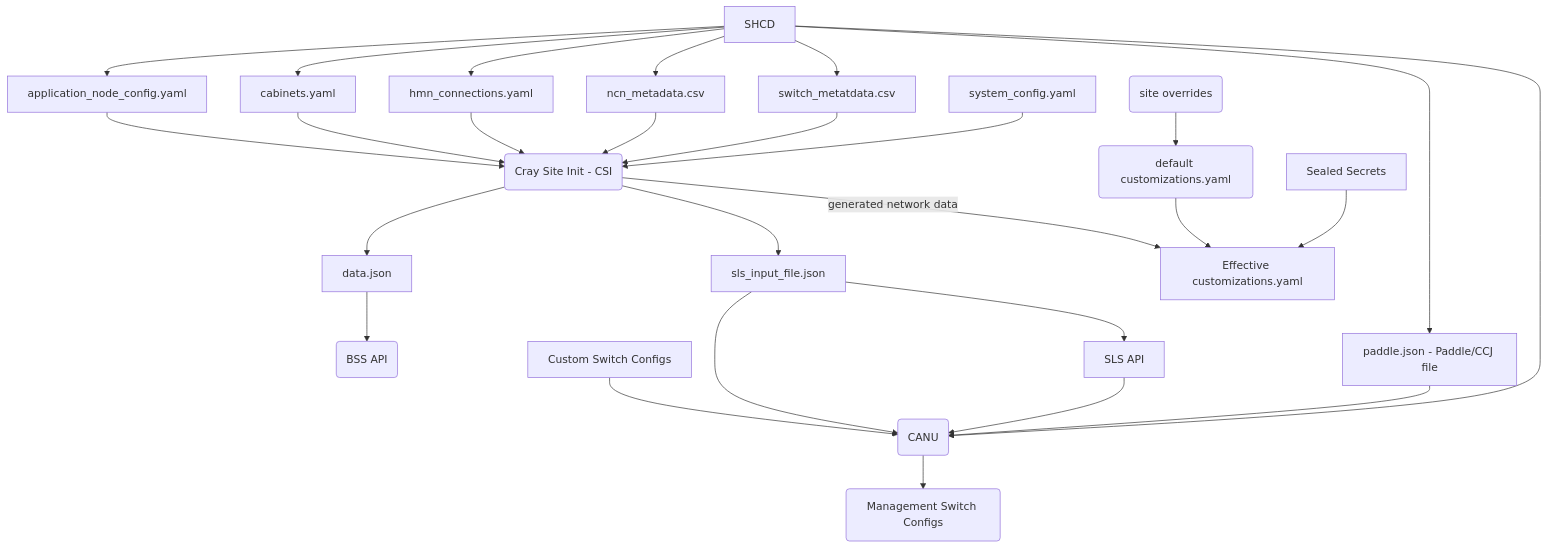
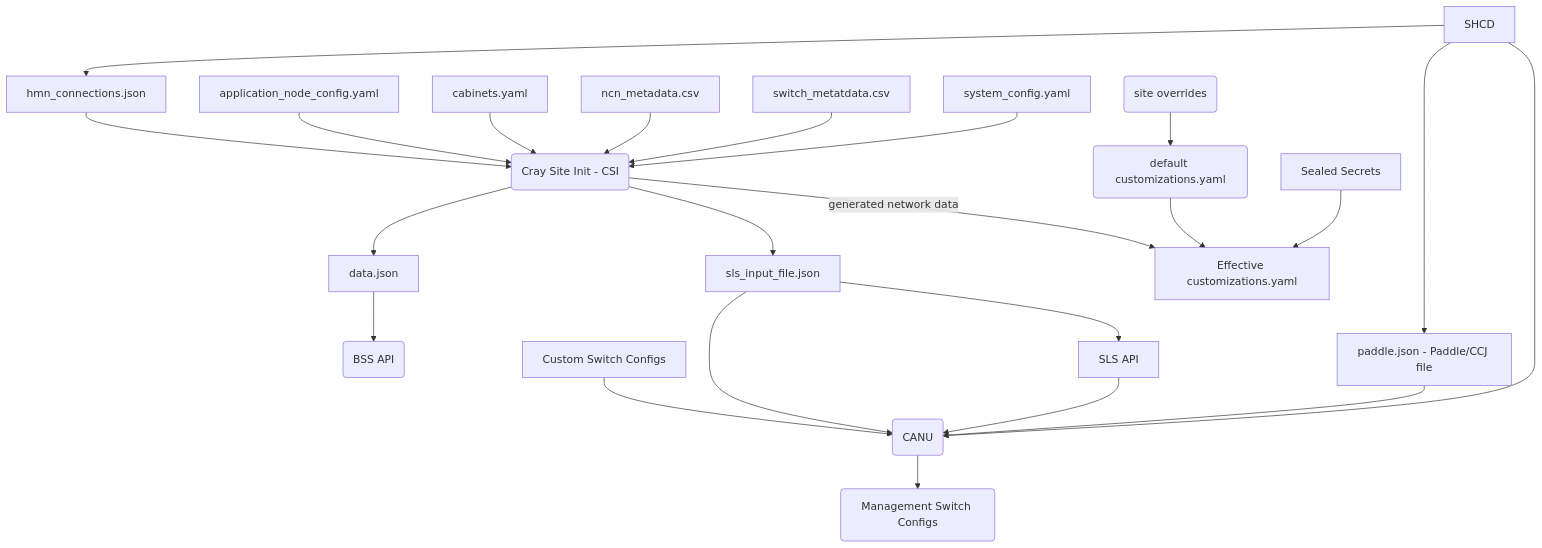
The diagram in install/README.md (sumithrb/docs-csm), drawn with Mermaid before and after one commit.

Commit message:
Updated network data diagram to better indicate the SEED files that are manually created

````diff
--- a/install/README.md
+++ b/install/README.md
@@ -94,29 +94,25 @@
 ```mermaid
 graph TD
-    A[SHCD] --> B[application_node_config.yaml];
-    A --> C[cabinets.yaml];
-    A --> D[hmn_connections.yaml];
-    A --> E[ncn_metadata.csv];
-    A --> F[switch_metatdata.csv];
-    B --> G(Cray Site Init - CSI);
-    C --> G
+    A[SHCD] --> D[hmn_connections.json];
+    B[application_node_config.yaml] --> G(Cray Site Init - CSI);
+    C[cabinets.yaml] --> G
     D --> G
-    E --> G
-    F --> G
+    E[ncn_metadata.csv] --> G
+    F[switch_metatdata.csv] --> G;
     H[system_config.yaml] --> G
     G --> J[data.json]
     A --> K[paddle.json - Paddle/CCJ file]
     G --> L[sls_input_file.json]
     Z[Custom Switch Configs] --> I
     L --> I(CANU)
     A --> I;
     K --> I;
     L --> M[SLS API];
     M --> I;
     I --> N(Management Switch Configs);
     J --> O(BSS API)
     P(site overrides) --> Q(default customizations.yaml)
     G -->|generated network data| R[Effective customizations.yaml]
     S[Sealed Secrets] --> R
     Q --> R
 ```
````
